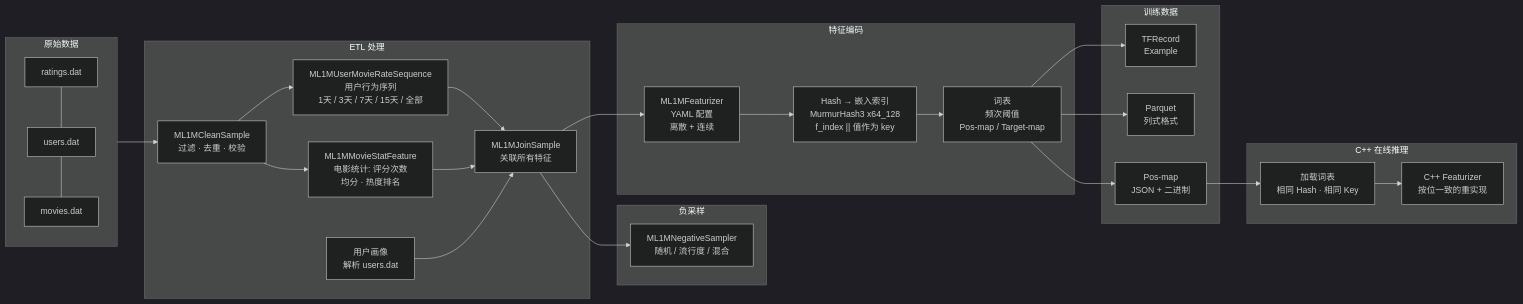
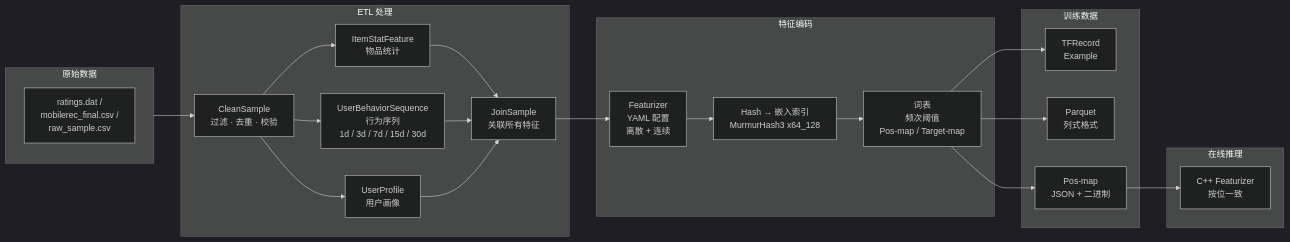
One commit to shardzhang/gerbil-data changed the first of 2 diagrams in README_CH.md. Above: the diagram before and after it, drawn with Mermaid (dark theme). The commit also changed other lines of this file and 3 other files, not shown here.

Commit message:
docs: update README with 3 datasets, refactored pipeline, AUC/GAUC eval, and new architecture

````diff
--- a/README_CH.md
+++ b/README_CH.md
@@ -89,44 +95,36 @@
 ```mermaid
 flowchart LR
     subgraph Raw[原始数据]
         direction TB
-        R1[ratings.dat] --- R2[users.dat] --- R3[movies.dat]
+        R1[ratings.dat /<br/>mobilerec_final.csv /<br/>raw_sample.csv]
     end
 
     subgraph ETL[ETL 处理]
-        C[ML1MCleanSample<br/>过滤 · 去重 · 校验]
-        U[ML1MUserMovieRateSequence<br/>用户行为序列<br/>1天 / 3天 / 7天 / 15天 / 全部]
-        M[ML1MMovieStatFeature<br/>电影统计: 评分次数<br/>均分 · 热度排名]
-        P[用户画像<br/>解析 users.dat]
-        J[ML1MJoinSample<br/>关联所有特征]
-    end
-
-    subgraph Sampling[负采样]
-        N[ML1MNegativeSampler<br/>随机 / 流行度 / 混合]
+        C[CleanSample<br/>过滤 · 去重 · 校验]
+        S[ItemStatFeature<br/>物品统计]
+        B[UserBehaviorSequence<br/>行为序列<br/>1d / 3d / 7d / 15d / 30d]
+        P[UserProfile<br/>用户画像]
+        J[JoinSample<br/>关联所有特征]
     end
 
     subgraph Encoding[特征编码]
-        F[ML1MFeaturizer<br/>YAML 配置<br/>离散 + 连续]
-        H[Hash → 嵌入索引<br/>MurmurHash3 x64_128<br/>f_index #124;#124; 值作为 key]
+        F[Featurizer<br/>YAML 配置<br/>离散 + 连续]
+        H[Hash → 嵌入索引<br/>MurmurHash3 x64_128]
         V[词表<br/>频次阈值<br/>Pos-map / Target-map]
     end
 
     subgraph Train[训练数据]
         T[TFRecord<br/>Example]
         Pq[Parquet<br/>列式格式]
         Pm[Pos-map<br/>JSON + 二进制]
     end
 
-    subgraph Serving[C++ 在线推理]
-        Cp[C++ Featurizer<br/>按位一致的重实现]
-        Ld[加载词表<br/>相同 Hash · 相同 Key]
+    subgraph Serve[在线推理]
+        Cp[C++ Featurizer<br/>按位一致]
     end
 
-    Raw --> C
-    C --> U & M
-    U & M & P --> J
-    J --> N & F
-    F --> H --> V
+    Raw --> C --> S & B & P --> J
+    J --> F --> H --> V
     V --> T & Pq & Pm
-    Pm --> Ld --> Cp
+    Pm --> Cp
 ```
````
